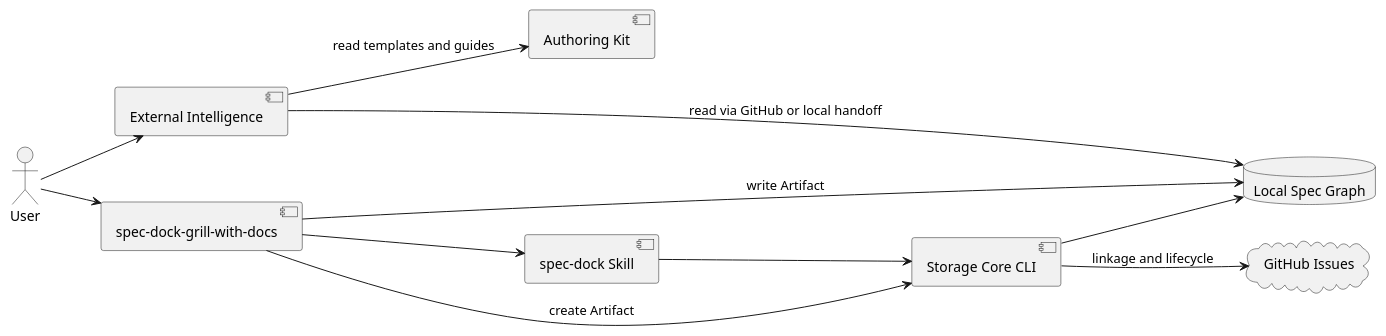
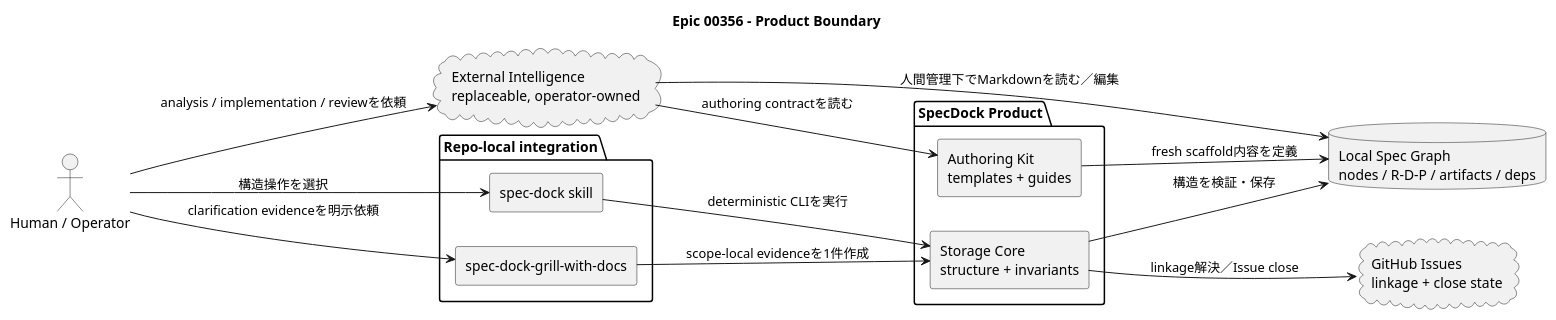
Before and after one commit to chemitaro/spec-dock: the first of 3 diagrams in spec-dock/initiatives/init-local-00003-architecture-maintenance-and-hardening/epics/epic-00356-specdock-core-simplification-and-external-intelligence-boundary/design.md, drawn with PlantUML. The commit also changed other lines of this file and 30 other files, not shown here.

````diff
--- a/spec-dock/initiatives/init-local-00003-architecture-maintenance-and-hardening/epics/epic-00356-specdock-core-simplification-and-external-intelligence-boundary/design.md
+++ b/spec-dock/initiatives/init-local-00003-architecture-maintenance-and-hardening/epics/epic-00356-specdock-core-simplification-and-external-intelligence-boundary/design.md
@@ -341,26 +36,32 @@
 ```plantuml
 @startuml
-skinparam monochrome true
+title Epic 00356 - Product Boundary
+skinparam componentStyle rectangle
+skinparam shadowing false
 left to right direction
 
-actor User
-component "External Intelligence" as External
-component "spec-dock Skill" as Skill
-component "spec-dock-grill-with-docs" as Grill
-component "Authoring Kit" as Kit
-component "Storage Core CLI" as Core
-database "Local Spec Graph" as Graph
-cloud "GitHub Issues" as GitHub
+actor "Human / Operator" as Human
+cloud "External Intelligence\nreplaceable, operator-owned" as External
+package "Repo-local integration" {
+  component "spec-dock skill" as Skill
+  component "spec-dock-grill-with-docs" as Grill
+}
+package "SpecDock Product" {
+  component "Storage Core\nstructure + invariants" as Core
+  component "Authoring Kit\ntemplates + guides" as Kit
+}
+database "Local Spec Graph\nnodes / R-D-P / artifacts / deps" as Graph
+cloud "GitHub Issues\nlinkage + close state" as GitHub
 
-User --> External
-User --> Grill
-Grill --> Skill
-Grill --> Core : create Artifact
-Grill --> Graph : write Artifact
-External --> Kit : read templates and guides
-External --> Graph : read via GitHub or local handoff
-Skill --> Core
-Core --> Graph
-Core --> GitHub : linkage and lifecycle
+Human --> External : analysis / implementation / reviewを依頼
+Human --> Skill : 構造操作を選択
+Human --> Grill : clarification evidenceを明示依頼
+External --> Kit : authoring contractを読む
+External --> Graph : 人間管理下でMarkdownを読む／編集
+Skill --> Core : deterministic CLIを実行
+Grill --> Core : scope-local evidenceを1件作成
+Core --> Graph : 構造を検証・保存
+Core --> GitHub : linkage解決／Issue close
+Kit --> Graph : fresh scaffold内容を定義
 @enduml
 ```
````
